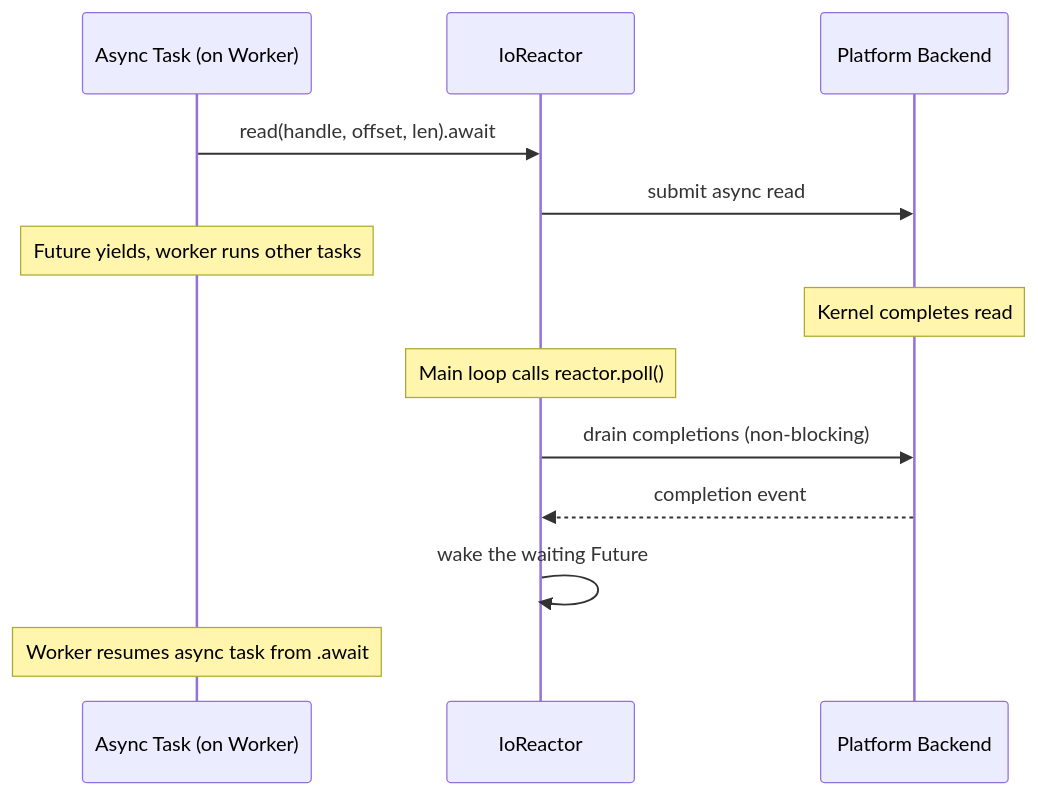
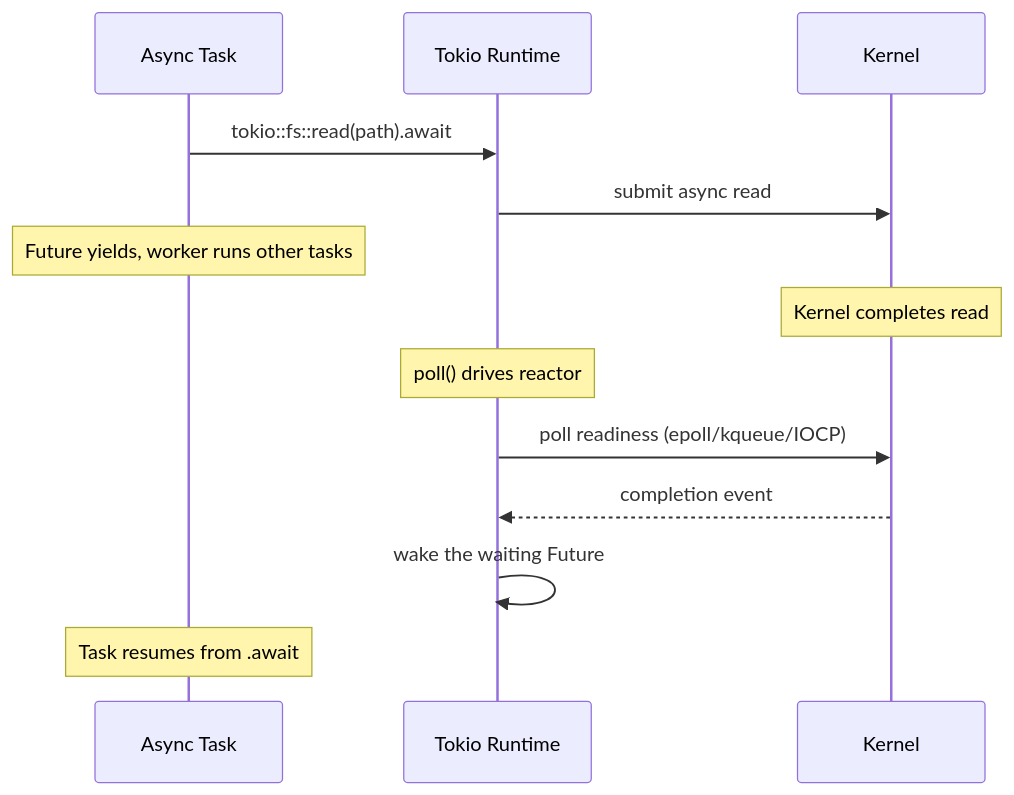
Before and after one commit to harmonius-dev/harmonius: the third of 6 diagrams in docs/design/platform/threading.md, drawn with Mermaid. The commit also changed other lines of this file and 229 other files, not shown here.

````diff
--- a/docs/design/platform/threading.md
+++ b/docs/design/platform/threading.md
@@ -178,18 +165,18 @@
 ```mermaid
 sequenceDiagram
-    participant T as Async Task (on Worker)
-    participant RE as IoReactor
-    participant OS as Platform Backend
+    participant T as Async Task
+    participant TK as Tokio Runtime
+    participant OS as Kernel
 
-    T->>RE: read(handle, offset, len).await
-    RE->>OS: submit async read
+    T->>TK: tokio::fs::read(path).await
+    TK->>OS: submit async read
     Note over T: Future yields, worker runs other tasks
 
     Note over OS: Kernel completes read
 
-    Note over RE: Main loop calls reactor.poll()
-    RE->>OS: drain completions (non-blocking)
-    OS-->>RE: completion event
-    RE->>RE: wake the waiting Future
-    Note over T: Worker resumes async task from .await
+    Note over TK: poll() drives reactor
+    TK->>OS: poll readiness (epoll/kqueue/IOCP)
+    OS-->>TK: completion event
+    TK->>TK: wake the waiting Future
+    Note over T: Task resumes from .await
 ```
````
